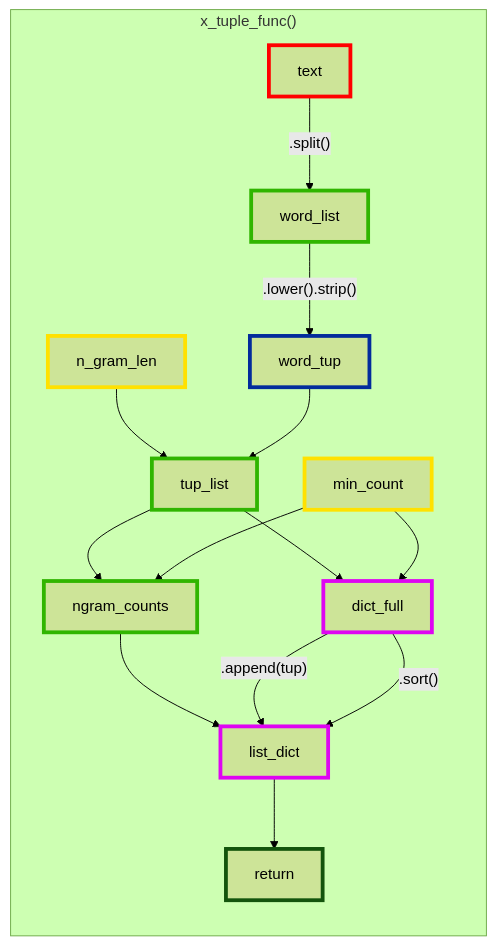
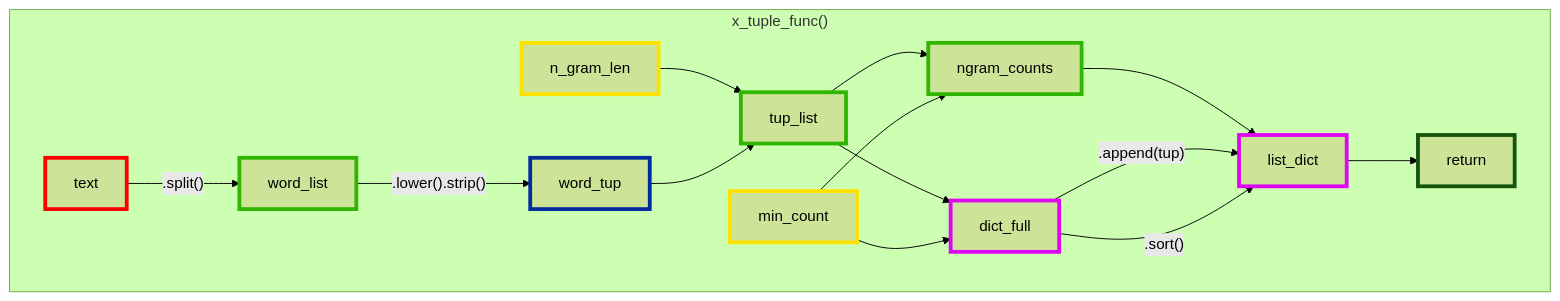
Before and after one commit to fm9030133/fm9030133.github.io: the first of 2 diagrams in README.md, drawn with Mermaid (forest theme).

````diff
--- a/README.md
+++ b/README.md
@@ -10,30 +10,30 @@
 ```mermaid
 ---
 assignment.py
 ---
-flowchart LR
+flowchart TB
     subgraph "x_tuple_func()"
     classDef default stroke-width:4px
     classDef str stroke:#ff0000
     classDef int stroke:#ffe100
     classDef list stroke:#30b500
     classDef tuple stroke:#022b9c
     classDef dict stroke:#de05f2
 
     text:::str
     n_gram_len:::int
     min_count:::int
     text -- ".split()" --> word_list:::list
     word_list -- ".lower().strip()" --> word_tup:::tuple
     n_gram_len --> tup_list:::list
     word_tup --> tup_list
     tup_list --> dict_full:::dict
     min_count --> dict_full
     tup_list --> ngram_counts:::list
     min_count --> ngram_counts
     ngram_counts --> list_dict:::dict
     dict_full -- ".append(tup)" --> list_dict
     dict_full -- ".sort()" --> list_dict
     list_dict --> return
     end
 ```
````
